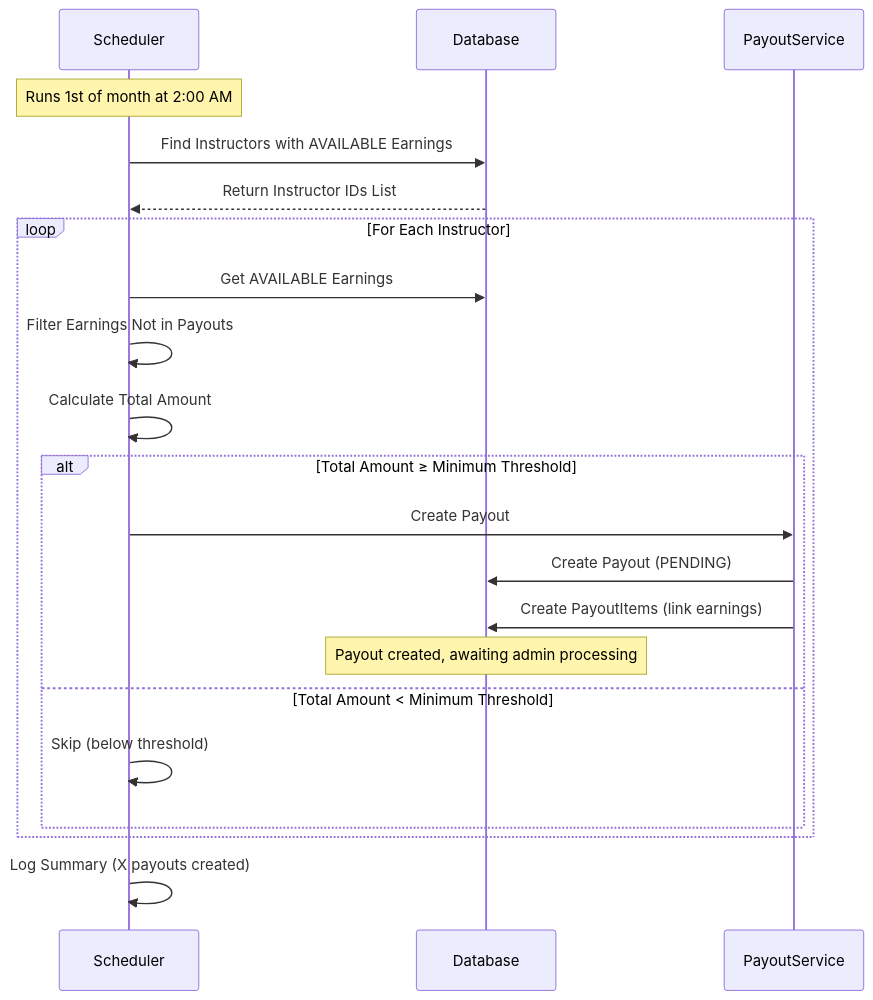
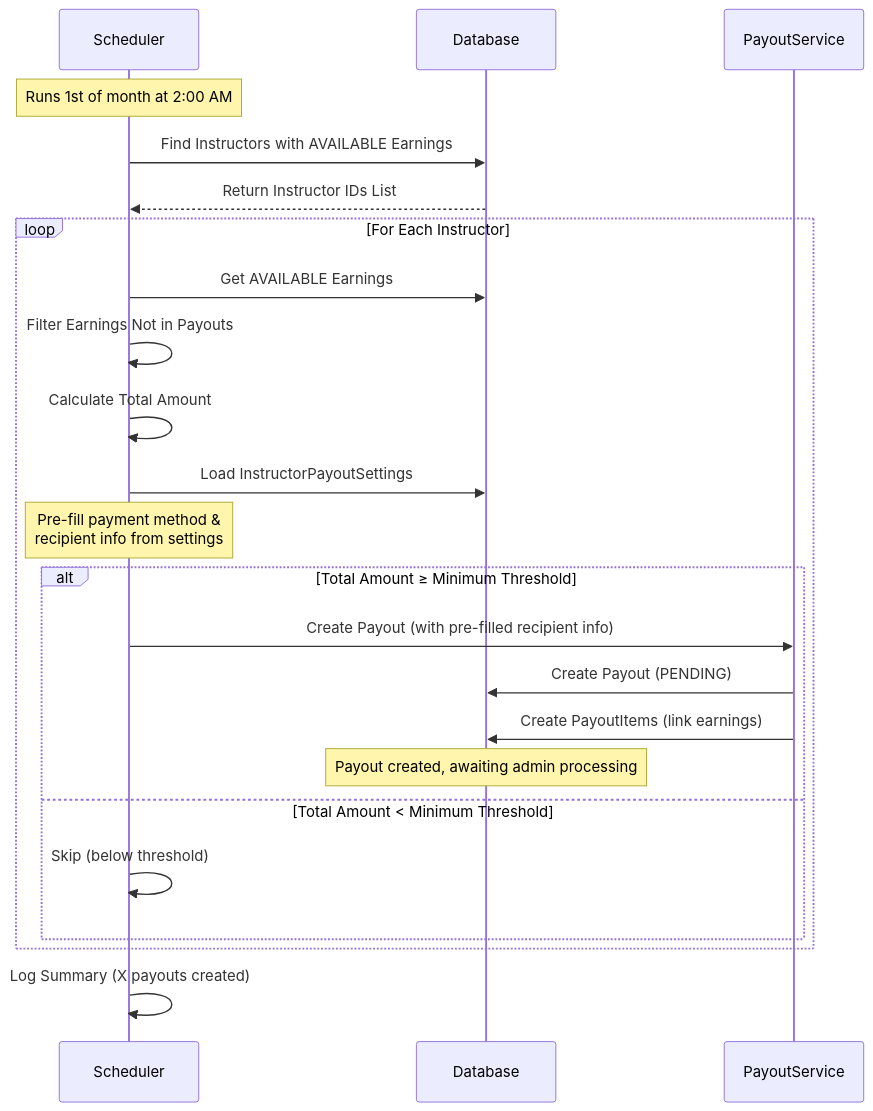
Before and after one commit to HuuLocFIT/EduMind: the third of 17 diagrams in docs/workflows/payout_workflows.md, drawn with Mermaid. The commit also changed other lines of this file and 1 other file, not shown here.

First line of the commit message:
feat: update payout and refund workflows documentation

````diff
--- a/docs/workflows/payout_workflows.md
+++ b/docs/workflows/payout_workflows.md
@@ -81,28 +86,31 @@
 ```mermaid
 sequenceDiagram
     participant Scheduler
     participant Database
     participant PayoutService
 
     Note over Scheduler: Runs 1st of month at 2:00 AM
     
     Scheduler->>Database: Find Instructors with AVAILABLE Earnings
     Database-->>Scheduler: Return Instructor IDs List
     
     loop For Each Instructor
         Scheduler->>Database: Get AVAILABLE Earnings
         Scheduler->>Scheduler: Filter Earnings Not in Payouts
         Scheduler->>Scheduler: Calculate Total Amount
         
+        Scheduler->>Database: Load InstructorPayoutSettings
+        Note over Scheduler: Pre-fill payment method &<br/>recipient info from settings
+
         alt Total Amount ≥ Minimum Threshold
-            Scheduler->>PayoutService: Create Payout
+            Scheduler->>PayoutService: Create Payout (with pre-filled recipient info)
             PayoutService->>Database: Create Payout (PENDING)
             PayoutService->>Database: Create PayoutItems (link earnings)
             Note over Database: Payout created, awaiting admin processing
         else Total Amount < Minimum Threshold
             Scheduler->>Scheduler: Skip (below threshold)
         end
     end
     
     Scheduler->>Scheduler: Log Summary (X payouts created)
 ```
````
